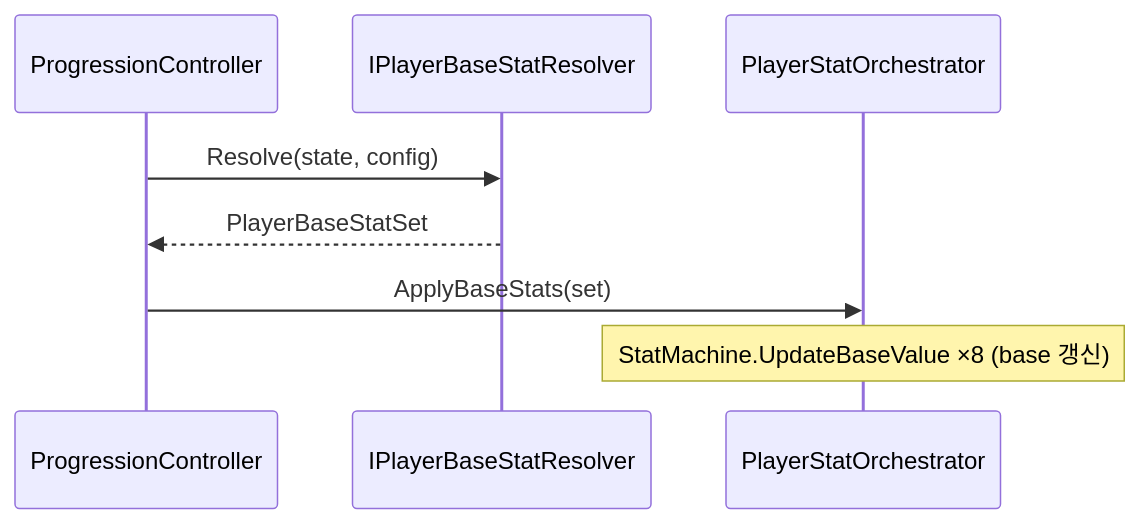
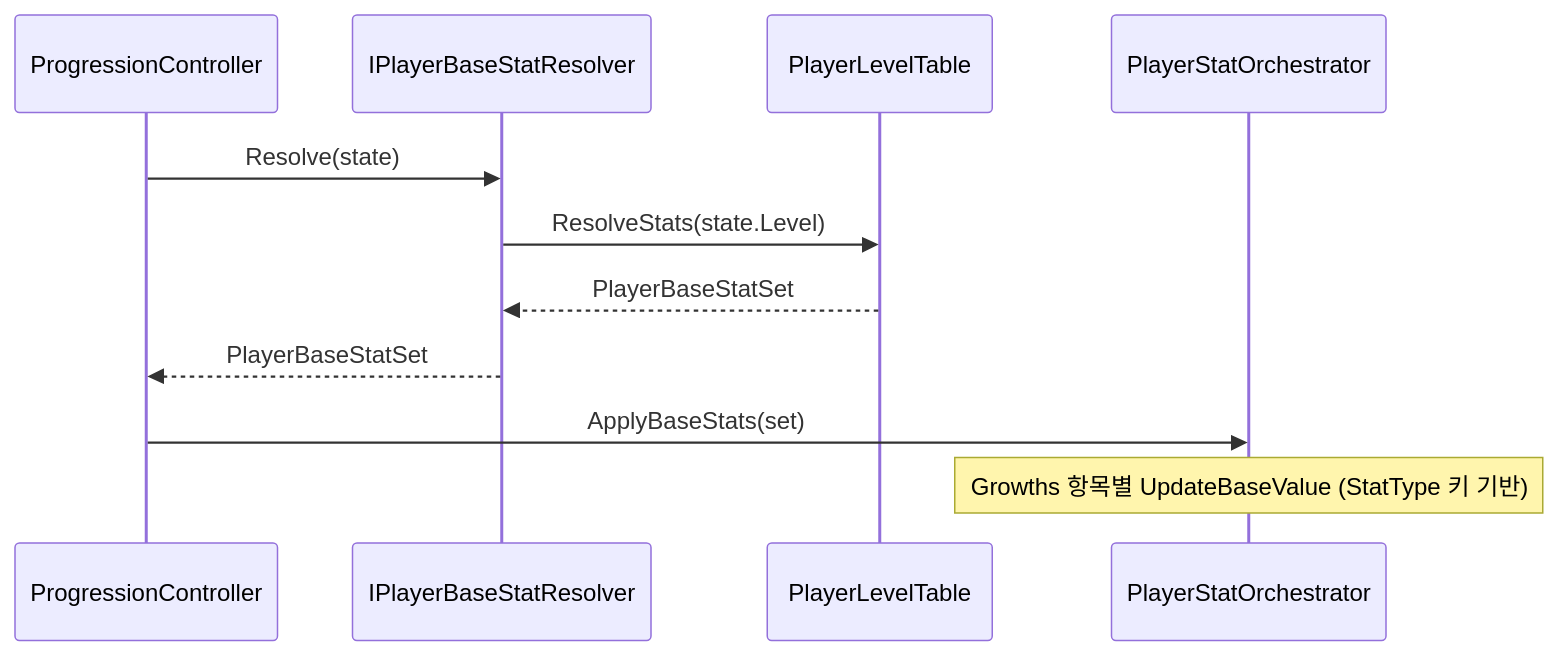
The third of 3 diagrams in docs/specs/player/progression.md (hanwoolhanwool/Idle-Game), drawn with Mermaid before and after one commit. The commit also changed other lines of this file and 3 other files, not shown here.

````diff
--- a/docs/specs/player/progression.md
+++ b/docs/specs/player/progression.md
@@ -97,10 +121,13 @@
 ```mermaid
 sequenceDiagram
     participant Ctl as ProgressionController
     participant Res as IPlayerBaseStatResolver
+    participant Tbl as PlayerLevelTable
     participant Orch as PlayerStatOrchestrator
-    Ctl->>Res: Resolve(state, config)
+    Ctl->>Res: Resolve(state)
+    Res->>Tbl: ResolveStats(state.Level)
+    Tbl-->>Res: PlayerBaseStatSet
     Res-->>Ctl: PlayerBaseStatSet
     Ctl->>Orch: ApplyBaseStats(set)
-    Note over Orch: StatMachine.UpdateBaseValue ×8 (base 갱신)
+    Note over Orch: Growths 항목별 UpdateBaseValue (StatType 키 기반)
 ```
````
